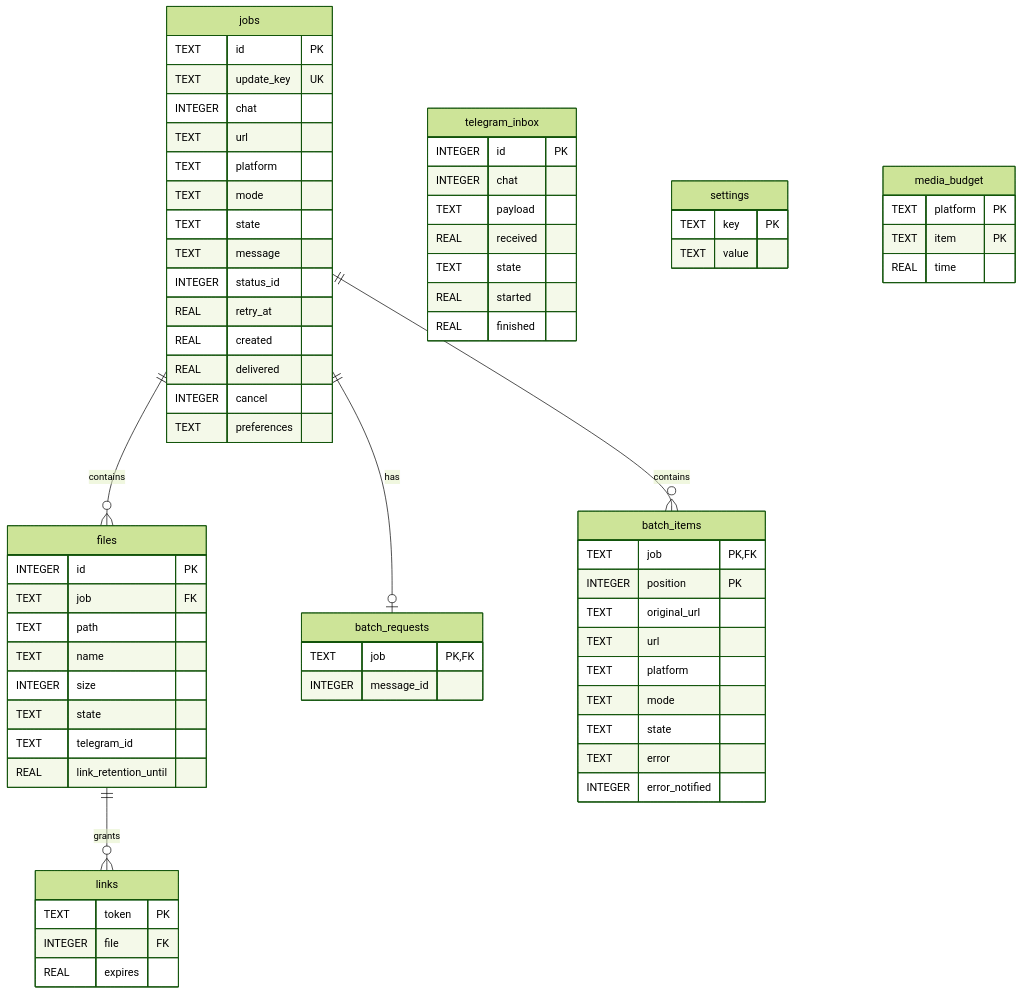
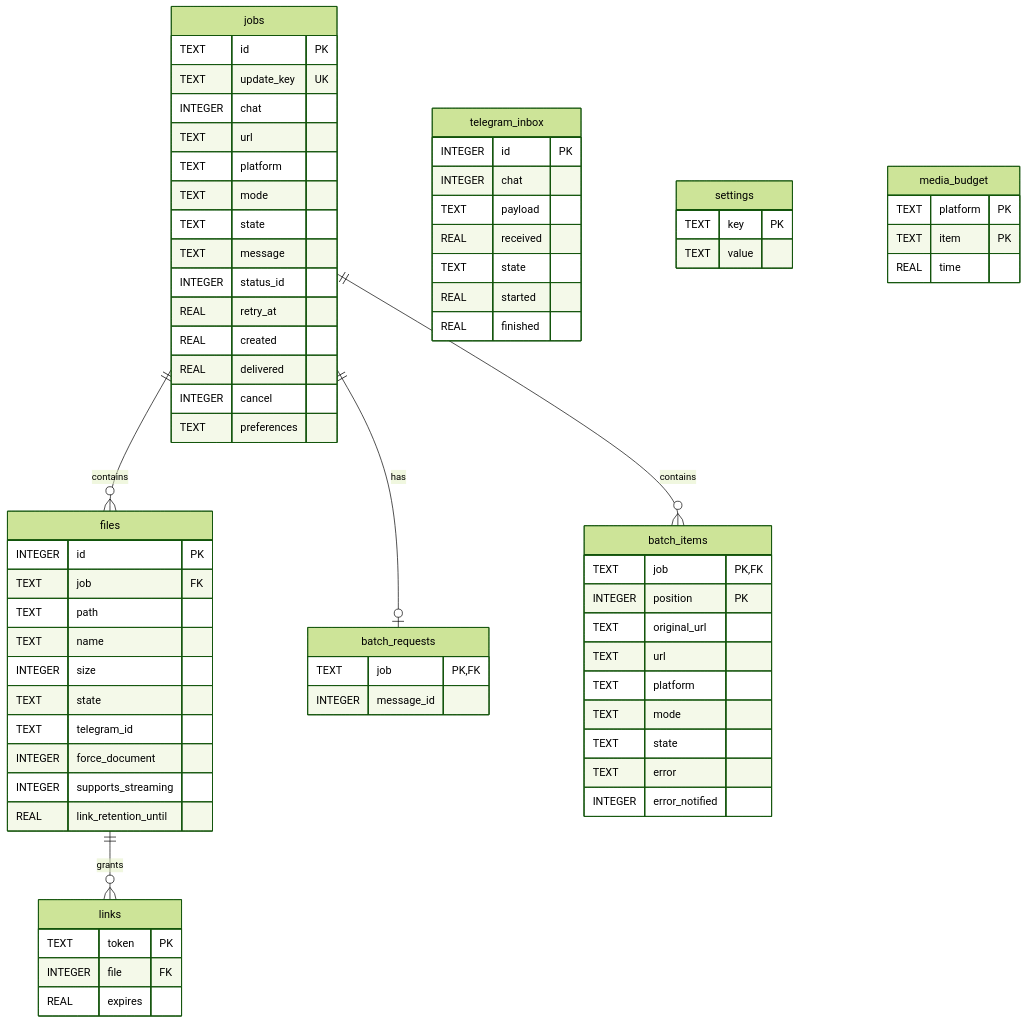
One commit to Senachi124/TelegramSocialDownloader changed the fifth of 6 diagrams in docs/architecture.md. Above: the diagram before and after it, drawn with Mermaid (forest theme). The commit also changed other lines of this file and 17 other files, not shown here.

````diff
--- a/docs/architecture.md
+++ b/docs/architecture.md
@@ -150,71 +151,73 @@
 ```mermaid
 erDiagram
     jobs ||--o{ files : contains
     files ||--o{ links : grants
     jobs ||--o| batch_requests : has
     jobs ||--o{ batch_items : contains
     jobs {
         TEXT id PK
         TEXT update_key UK
         INTEGER chat
         TEXT url
         TEXT platform
         TEXT mode
         TEXT state
         TEXT message
         INTEGER status_id
         REAL retry_at
         REAL created
         REAL delivered
         INTEGER cancel
         TEXT preferences
     }
     files {
         INTEGER id PK
         TEXT job FK
         TEXT path
         TEXT name
         INTEGER size
         TEXT state
         TEXT telegram_id
+        INTEGER force_document
+        INTEGER supports_streaming
         REAL link_retention_until
     }
     links {
         TEXT token PK
         INTEGER file FK
         REAL expires
     }
     batch_requests {
         TEXT job PK,FK
         INTEGER message_id
     }
     batch_items {
         TEXT job PK,FK
         INTEGER position PK
         TEXT original_url
         TEXT url
         TEXT platform
         TEXT mode
         TEXT state
         TEXT error
         INTEGER error_notified
     }
     telegram_inbox {
         INTEGER id PK
         INTEGER chat
         TEXT payload
         REAL received
         TEXT state
         REAL started
         REAL finished
     }
     settings {
         TEXT key PK
         TEXT value
     }
     media_budget {
         TEXT platform PK
         TEXT item PK
         REAL time
     }
 ```
````
